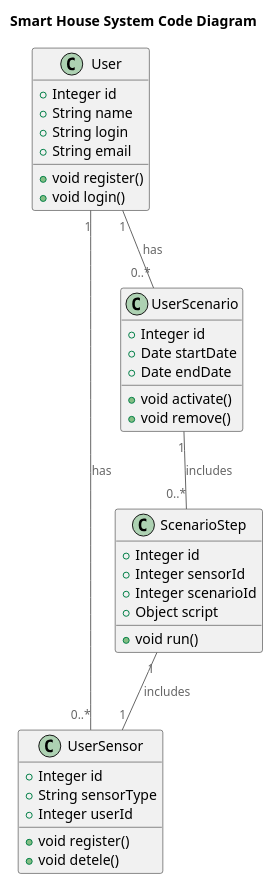
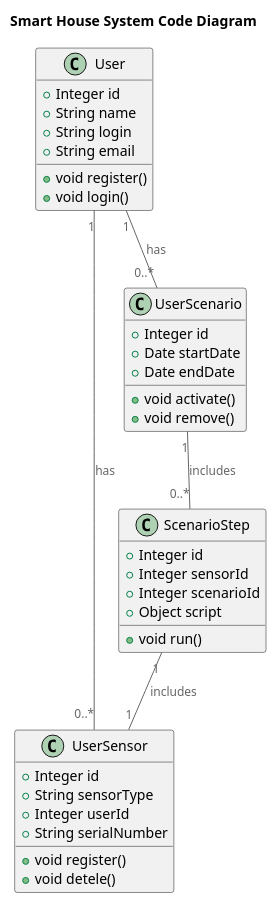
One commit to kirillgurkin69/architecture-warmhouse changed the diagram in code_user_sensor.puml. Above: the diagram before and after it, drawn with PlantUML. The commit also changed 9 other files, not shown here.

```diff
--- a/code_user_sensor.puml
+++ b/code_user_sensor.puml
@@ -1,47 +1,48 @@
 @startuml
 title Smart House System Code Diagram
 
 top to bottom direction
 
 !includeurl https://raw.githubusercontent.com/RicardoNiepel/C4-PlantUML/master/C4_Component.puml
 
 class User {
   +Integer id
   +String name
   +String login
   +String email
   +void register()
   +void login()
 }
 
 class UserSensor {
   +Integer id
   +String sensorType
   +Integer userId
+  +String serialNumber
   +void register()
   +void detele()
 }
 
 
 class UserScenario {
   +Integer id
   +Date startDate
   +Date endDate
   +void activate()
   +void remove()
 }
 
 class ScenarioStep {
   +Integer id
   +Integer sensorId
   +Integer scenarioId
   +Object script
   +void run()
 }
 
 User "1" -- "0..*" UserSensor : has
 User "1" -- "0..*" UserScenario : has
 UserScenario "1" -- "0..*" ScenarioStep : includes
 ScenarioStep "1" -- "1" UserSensor : includes
 
 @enduml
```
